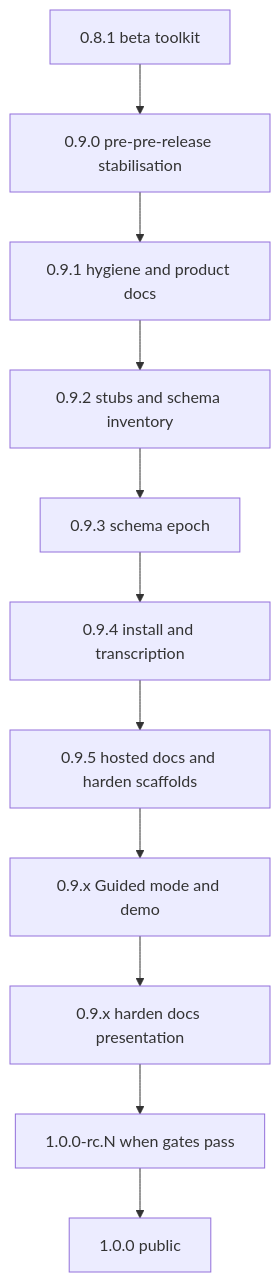
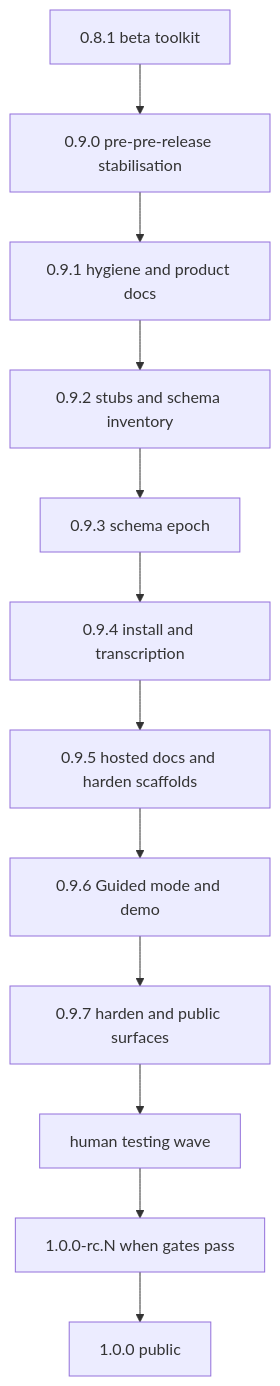
One commit to glen-w/TranscriptX changed the first of 2 diagrams in docs/dev/pre_release_roadmap_1_0.md. Above: the diagram before and after it, drawn with Mermaid. The commit also changed other lines of this file and 133 other files, not shown here.

First line of the commit message:
Release 0.9.7: harden public surfaces and epoch-align contracts.

````diff
--- a/docs/dev/pre_release_roadmap_1_0.md
+++ b/docs/dev/pre_release_roadmap_1_0.md
@@ -420,15 +420,16 @@
 ```mermaid
 flowchart TD
   v08[0.8.1 beta toolkit]
   v090[0.9.0 pre-pre-release stabilisation]
   v091[0.9.1 hygiene and product docs]
   v092[0.9.2 stubs and schema inventory]
   themeSchema[0.9.3 schema epoch]
   themeInstall[0.9.4 install and transcription]
   themeDocsScaffolds[0.9.5 hosted docs and harden scaffolds]
-  themeModes[0.9.x Guided mode and demo]
-  themeHarden[0.9.x harden docs presentation]
+  themeModes[0.9.6 Guided mode and demo]
+  themeHarden[0.9.7 harden and public surfaces]
+  humanTest[human testing wave]
   rc[1.0.0-rc.N when gates pass]
   v10[1.0.0 public]
-  v08 --> v090 --> v091 --> v092 --> themeSchema --> themeInstall --> themeDocsScaffolds --> themeModes --> themeHarden --> rc --> v10
+  v08 --> v090 --> v091 --> v092 --> themeSchema --> themeInstall --> themeDocsScaffolds --> themeModes --> themeHarden --> humanTest --> rc --> v10
 ```
````
